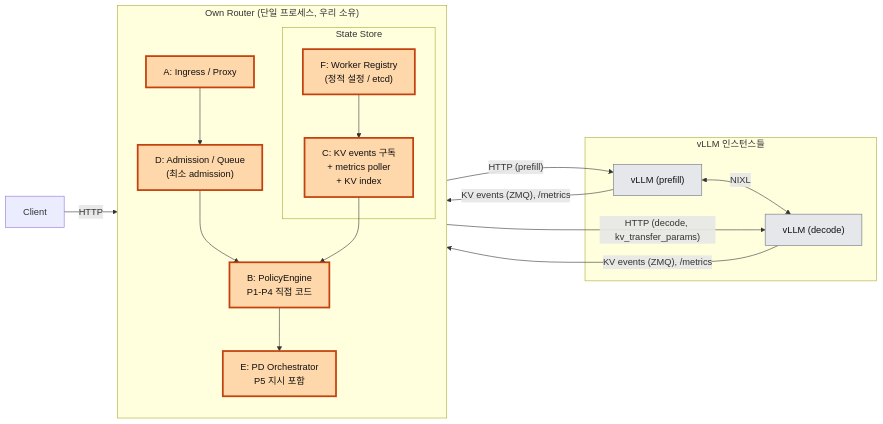
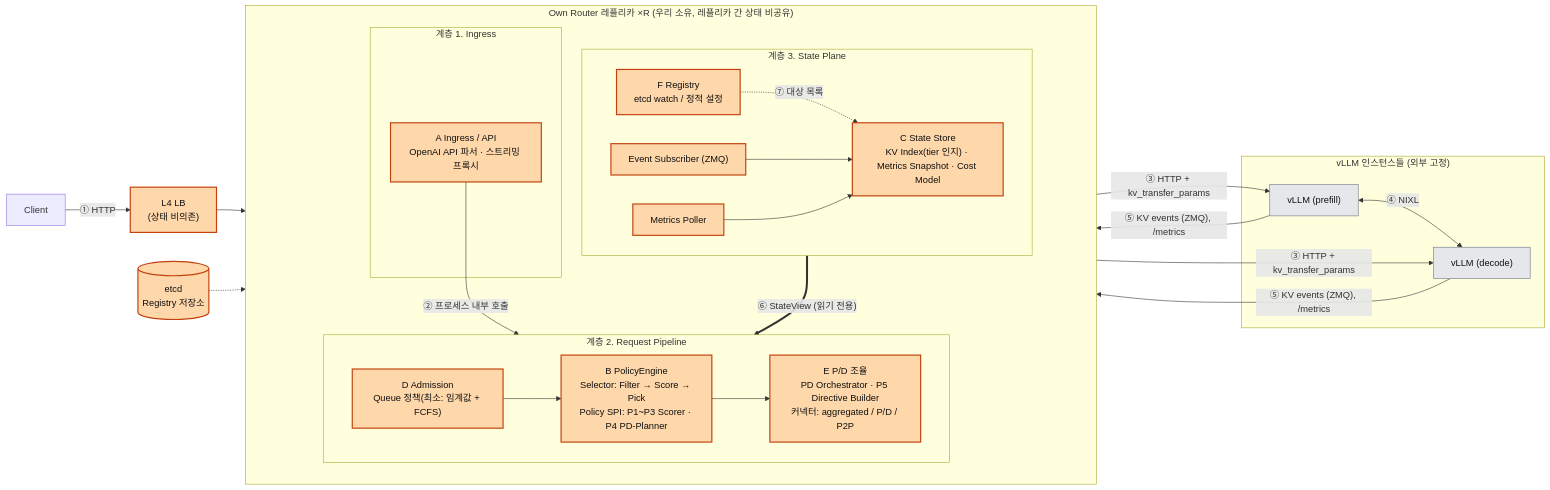
The fourth of 5 diagrams in doc-mk/DP0/dp0-request-orchestration-framework.md (mkim0628/vllm), drawn with Mermaid before and after one commit. The commit also changed other lines of this file and 3 other files, not shown here.

````diff
--- a/doc-mk/DP0/dp0-request-orchestration-framework.md
+++ b/doc-mk/DP0/dp0-request-orchestration-framework.md
@@ -402,36 +407,54 @@
 ```mermaid
 flowchart LR
     CL["Client"]
+    LB["L4 LB<br/>(상태 비의존)"]
+    ETCD[("etcd<br/>Registry 저장소")]
 
-    subgraph OWN["Own Router (단일 프로세스, 우리 소유)"]
+    subgraph RT["Own Router 레플리카 ×R  (우리 소유, 레플리카 간 상태 비공유)"]
         direction TB
-        A3["A: Ingress / Proxy"]
-        D3["D: Admission / Queue<br/>(최소 admission)"]
-        B3["B: PolicyEngine<br/>P1-P4 직접 코드"]
-        E3["E: PD Orchestrator<br/>P5 지시 포함"]
-        subgraph STB["State Store"]
-            C3["C: KV events 구독<br/>+ metrics poller<br/>+ KV index"]
-            F3["F: Worker Registry<br/>(정적 설정 / etcd)"]
+
+        subgraph ING["계층 1. Ingress"]
+            A3["A Ingress / API<br/>OpenAI API 파서 · 스트리밍 프록시"]
         end
-        A3 --> D3 --> B3 --> E3
-        C3 --> B3
-        F3 --> C3
+
+        subgraph PIPE["계층 2. Request Pipeline"]
+            direction LR
+            D3["D Admission<br/>Queue 정책(최소: 임계값 + FCFS)"]
+            B3["B PolicyEngine<br/>Selector: Filter → Score → Pick<br/>Policy SPI: P1~P3 Scorer · P4 PD-Planner"]
+            E3["E P/D 조율<br/>PD Orchestrator · P5 Directive Builder<br/>커넥터: aggregated / P/D / P2P"]
+            D3 --> B3 --> E3
+        end
+
+        subgraph STP["계층 3. State Plane"]
+            direction LR
+            F3["F Registry<br/>etcd watch / 정적 설정"]
+            C3["C State Store<br/>KV Index(tier 인지) · Metrics Snapshot · Cost Model"]
+            SUB["Event Subscriber (ZMQ)"]
+            POL["Metrics Poller"]
+            F3 -.->|"⑦ 대상 목록"| C3
+            SUB --> C3
+            POL --> C3
+        end
+
+        A3 -->|"② 프로세스 내부 호출"| D3
+        C3 ==>|"⑥ StateView (읽기 전용)"| B3
     end
 
-    subgraph INST["vLLM 인스턴스들"]
+    subgraph INST["vLLM 인스턴스들 (외부 고정)"]
         VP2["vLLM (prefill)"]
         VD2["vLLM (decode)"]
     end
 
-    CL -->|"HTTP"| A3
-    E3 -->|"HTTP (prefill)"| VP2
-    E3 -->|"HTTP (decode, kv_transfer_params)"| VD2
-    VP2 <-->|"NIXL"| VD2
-    VP2 -->|"KV events (ZMQ), /metrics"| C3
-    VD2 -->|"KV events (ZMQ), /metrics"| C3
+    CL -->|"① HTTP"| LB --> A3
+    ETCD -.-> F3
+    E3 -->|"③ HTTP + kv_transfer_params"| VP2
+    E3 -->|"③ HTTP + kv_transfer_params"| VD2
+    VP2 <-->|"④ NIXL"| VD2
+    VP2 -->|"⑤ KV events (ZMQ), /metrics"| SUB
+    VD2 -->|"⑤ KV events (ZMQ), /metrics"| POL
 
-    classDef own fill:#fed7aa,stroke:#c2410c,stroke-width:3px,color:#111;
+    classDef own fill:#fed7aa,stroke:#c2410c,stroke-width:2px,color:#111;
     classDef fixed fill:#e5e7eb,stroke:#6b7280,color:#111;
-    class A3,D3,B3,E3,C3,F3 own;
+    class A3,D3,B3,E3,C3,F3,SUB,POL,LB,ETCD own;
     class VP2,VD2 fixed;
 ```
````
